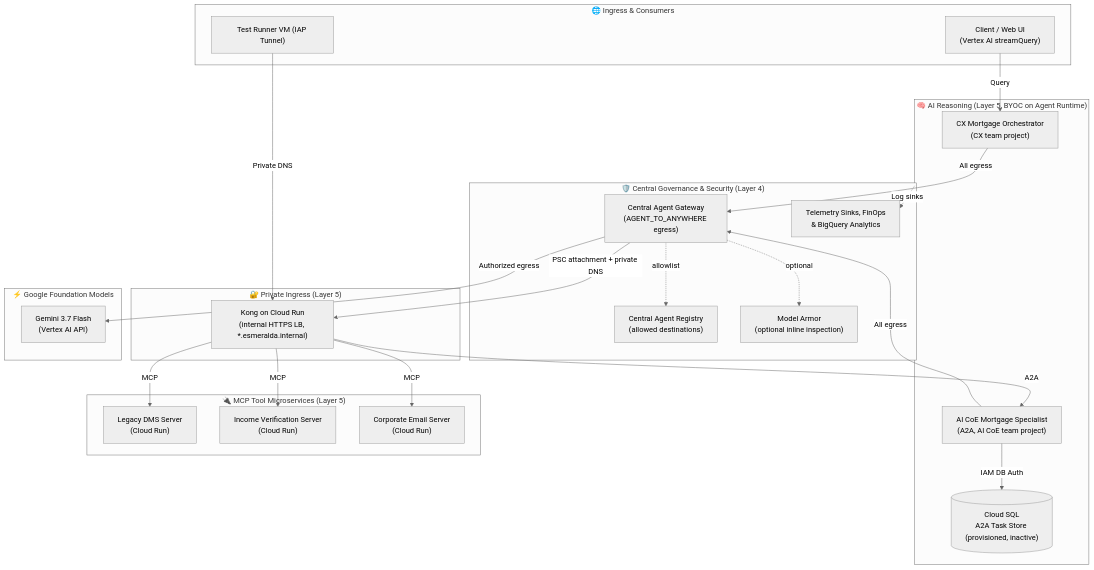
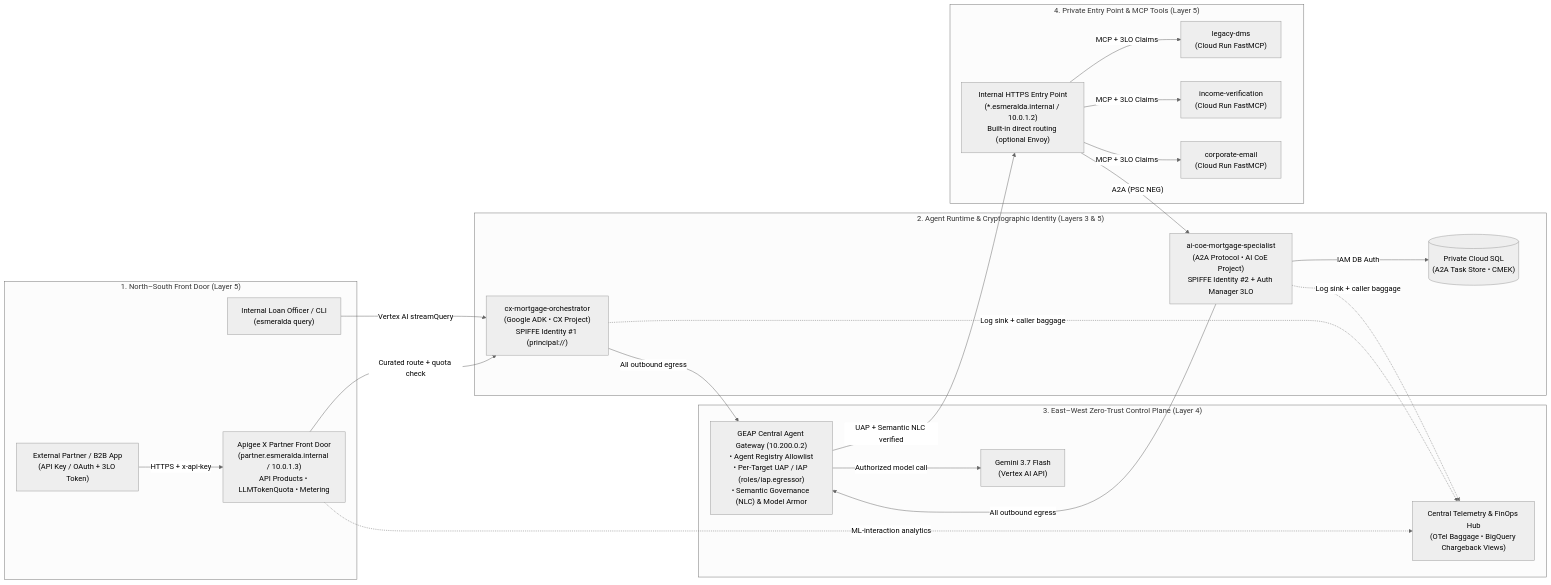
One commit to zqf20096327/ai_collect changed the diagram in data/readmes/google__esmeralda.md. Above: the diagram before and after it, drawn with Mermaid (neutral theme). The commit also changed other lines of this file and 1494 other files, not shown here.

````diff
--- a/data/readmes/google__esmeralda.md
+++ b/data/readmes/google__esmeralda.md
@@ -65,49 +59,45 @@
 ```mermaid
-flowchart TD
-    subgraph Clients["🌐 Ingress & Consumers"]
-        User["Client / Web UI\n(Vertex AI streamQuery)"]
-        TestVM["Test Runner VM (IAP Tunnel)"]
+flowchart LR
+    subgraph NS["1. North–South Front Door (Layer 5)"]
+        Partner["External Partner / B2B App<br/>(API Key / OAuth + 3LO Token)"]
+        Apigee["Apigee X Partner Front Door<br/>(partner.esmeralda.internal / 10.0.1.3)<br/>API Products • LLMTokenQuota • Metering"]
+        Caller["Internal Loan Officer / CLI<br/>(esmeralda query)"]
     end
 
-    subgraph Governance["🛡️ Central Governance & Security (Layer 4)"]
-        AGW["Central Agent Gateway\n(AGENT_TO_ANYWHERE egress)"]
-        AR["Central Agent Registry\n(allowed destinations)"]
-        MA["Model Armor\n(optional inline inspection)"]
-        FinOps["Telemetry Sinks, FinOps\n& BigQuery Analytics"]
+    subgraph Agents["2. Agent Runtime & Cryptographic Identity (Layers 3 & 5)"]
+        Orch["cx-mortgage-orchestrator<br/>(Google ADK • CX Project)<br/>SPIFFE Identity #1 (principal://)"]
+        Spec["ai-coe-mortgage-specialist<br/>(A2A Protocol • AI CoE Project)<br/>SPIFFE Identity #2 + Auth Manager 3LO"]
+        SQL[("Private Cloud SQL<br/>(A2A Task Store • CMEK)")]
     end
 
-    subgraph Agents["🧠 AI Reasoning (Layer 5, BYOC on Agent Runtime)"]
-        Orch["CX Mortgage Orchestrator\n(CX team project)"]
-        Spec["AI CoE Mortgage Specialist\n(A2A, AI CoE team project)"]
-        TaskDB[("Cloud SQL\nA2A Task Store (provisioned, inactive)")]
+    subgraph Gov["3. East–West Zero-Trust Control Plane (Layer 4)"]
+        AGW["GEAP Central Agent Gateway (10.200.0.2)<br/>• Agent Registry Allowlist<br/>• Per-Target UAP / IAP (roles/iap.egressor)<br/>• Semantic Governance (NLC) & Model Armor"]
+        Gemini["Gemini 3.7 Flash<br/>(Vertex AI API)"]
+        FinOps["Central Telemetry & FinOps Hub<br/>(OTel Baggage • BigQuery Chargeback Views)"]
     end
 
-    subgraph Private["🔐 Private Ingress (Layer 5)"]
-        Kong["Kong on Cloud Run\n(internal HTTPS LB, *.esmeralda.internal)"]
+    subgraph EastWest["4. Private Entry Point & MCP Tools (Layer 5)"]
+        EP["Internal HTTPS Entry Point<br/>(*.esmeralda.internal / 10.0.1.2)<br/>Built-in direct routing (optional Envoy)"]
+        DMS["legacy-dms<br/>(Cloud Run FastMCP)"]
+        Inc["income-verification<br/>(Cloud Run FastMCP)"]
+        Email["corporate-email<br/>(Cloud Run FastMCP)"]
     end
 
-    subgraph Tools["🔌 MCP Tool Microservices (Layer 5)"]
-        DMS["Legacy DMS Server\n(Cloud Run)"]
-        Income["Income Verification Server\n(Cloud Run)"]
-        Email["Corporate Email Server\n(Cloud Run)"]
-    end
+    Partner -->|"HTTPS + x-api-key"| Apigee
+    Apigee -->|"Curated route + quota check"| Orch
+    Caller -->|"Vertex AI streamQuery"| Orch
 
-    subgraph Models["⚡ Google Foundation Models"]
-        Gemini["Gemini 3.7 Flash\n(Vertex AI API)"]
-    end
+    Orch -->|"All outbound egress"| AGW
+    Spec -->|"All outbound egress"| AGW
 
-    User -->|Query| Orch
-    Orch -->|All egress| AGW
-    Spec -->|All egress| AGW
-    AGW -. allowlist .-> AR
-    AGW -. optional .-> MA
-    AGW -->|Authorized egress| Gemini
-    AGW -->|PSC attachment + private DNS| Kong
-    TestVM -->|Private DNS| Kong
-    Kong -->|A2A| Spec
-    Kong -->|MCP| DMS
-    Kong -->|MCP| Income
-    Kong -->|MCP| Email
-    Spec -->|IAM DB Auth| TaskDB
-    Agents -.->|Log sinks| FinOps
+    AGW -->|"Authorized model call"| Gemini
+    AGW -->|"UAP + Semantic NLC verified"| EP
+
+    EP -->|"A2A (PSC NEG)"| Spec
+    EP -->|"MCP + 3LO Claims"| DMS & Inc & Email
+    Spec -->|"IAM DB Auth"| SQL
+
+    Orch -.->|"Log sink + caller baggage"| FinOps
+    Spec -.->|"Log sink + caller baggage"| FinOps
+    Apigee -.->|"ML-interaction analytics"| FinOps
 ```
````
